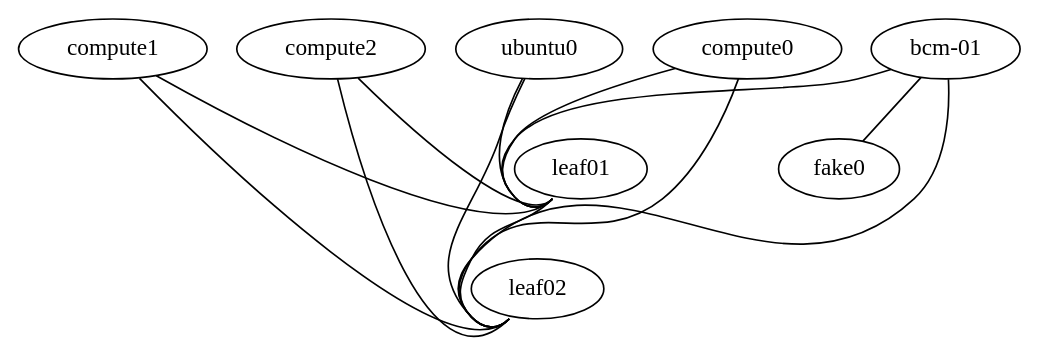
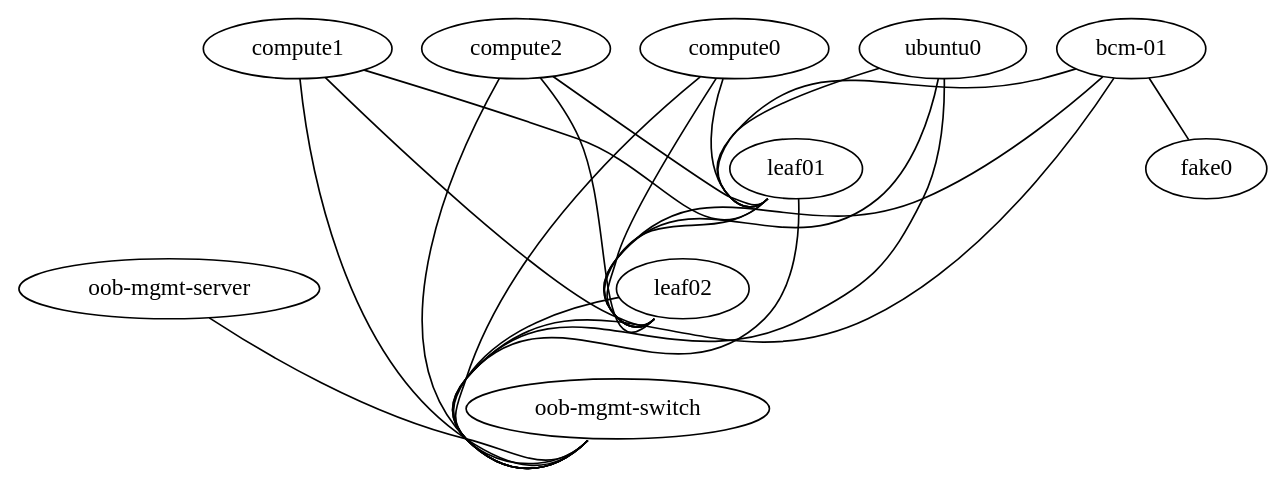
Before and after one commit to twilson217/bcm-in-nvidia-air: the diagram in topologies/test-bcm.dot, drawn with Graphviz. The commit also changed 1 other file, not shown here.

Commit message:
Option 2: Define our own OOB infrastructure
Topology changes:
- Added our own oob-mgmt-server with function='oob-server' and our Ubuntu image
- Added our own oob-mgmt-switch with function='oob-switch'
- Connected all nodes' eth0 to oob-mgmt-switch for management
- bcm-01:eth1 connects to fake0:outbound for SSH service

Key benefit: oob-mgmt-server now uses generic/ubuntu2404
- Cloud-init will work on oob-mgmt-server
- Password and SSH key configured automatically
- No more Air-managed nodes with default passwords

Interface layout for bcm-01:
- eth0: OOB management (to oob-mgmt-switch)
- eth1: Outbound for SSH service (to fake0:outbound)
- eth2: Data plane to leaf01
- eth3: Data plane to leaf02

```diff
--- a/topologies/test-bcm.dot
+++ b/topologies/test-bcm.dot
@@ -1,23 +1,47 @@
 graph "bcm-air-poc" {
+  # Our own OOB infrastructure (not Air-managed)
+  "oob-mgmt-server" [function="oob-server" os="generic/ubuntu2404" cpu="2" memory="2048"]
+  "oob-mgmt-switch" [function="oob-switch" mgmt_ip="192.168.200.251"]
+  
+  # Fake node for outbound connectivity
+  "fake0" [function="fake" os="generic/ubuntu2204"]
+  
+  # BCM head node
   "bcm-01" [memory="8192" os="generic/ubuntu2404" cpu="4" cpu_mode="host-model" storage="200" mgmt_ip="192.168.200.254"]
+  
+  # Compute nodes (PXE boot)
   "compute0" [function="server" memory="2048" os="pxe" cpu="2" boot="network" cpu_mode="host-model" storage="20" mgmt_ip="192.168.200.14"]
   "compute1" [function="server" memory="2048" os="pxe" cpu="2" boot="network" cpu_mode="host-model" storage="20" mgmt_ip="192.168.200.15"]
   "compute2" [function="server" memory="2048" os="pxe" cpu="2" boot="network" cpu_mode="host-model" storage="20" mgmt_ip="192.168.200.16"]
+  
+  # Other nodes
   "ubuntu0" [function="server" memory="1024" os="generic/ubuntu2204" cpu="1" mgmt_ip="192.168.200.10"]
   "leaf01" [function="leaf" memory="4096" os="cumulus-vx-5.15.0" cpu="3" mgmt_ip="192.168.200.12"]
   "leaf02" [function="leaf" memory="4096" os="cumulus-vx-5.15.0" cpu="3" mgmt_ip="192.168.200.13"]
-  "fake0" [function="fake" os="generic/ubuntu2204"]
 
+  # OOB management connections (eth0 to oob-mgmt-switch)
+  "oob-mgmt-server":"eth1" -- "oob-mgmt-switch":"swp1"
+  "bcm-01":"eth0" -- "oob-mgmt-switch":"swp2"
+  "ubuntu0":"eth0" -- "oob-mgmt-switch":"swp3"
+  "leaf01":"eth0" -- "oob-mgmt-switch":"swp4"
+  "leaf02":"eth0" -- "oob-mgmt-switch":"swp5"
+  "compute0":"eth0" -- "oob-mgmt-switch":"swp6"
+  "compute1":"eth0" -- "oob-mgmt-switch":"swp7"
+  "compute2":"eth0" -- "oob-mgmt-switch":"swp8"
+  
+  # Outbound connection for BCM SSH access
+  "bcm-01":"eth1" -- "fake0":"outbound"
+  
+  # Data plane connections
   "leaf01":"swp51" -- "leaf02":"swp51"
   "ubuntu0":"eth1" -- "leaf01":"swp1"
   "ubuntu0":"eth2" -- "leaf02":"swp1"
   "compute0":"eth1" -- "leaf01":"swp2"
   "compute0":"eth2" -- "leaf02":"swp2"
   "compute1":"eth1" -- "leaf01":"swp3"
   "compute1":"eth2" -- "leaf02":"swp3"
   "compute2":"eth1" -- "leaf01":"swp4"
   "compute2":"eth2" -- "leaf02":"swp4"
-  "bcm-01":"eth0" -- "fake0":"outbound"
-  "bcm-01":"eth1" -- "leaf01":"swp5"
-  "bcm-01":"eth2" -- "leaf02":"swp5"
+  "bcm-01":"eth2" -- "leaf01":"swp5"
+  "bcm-01":"eth3" -- "leaf02":"swp5"
 }
```
